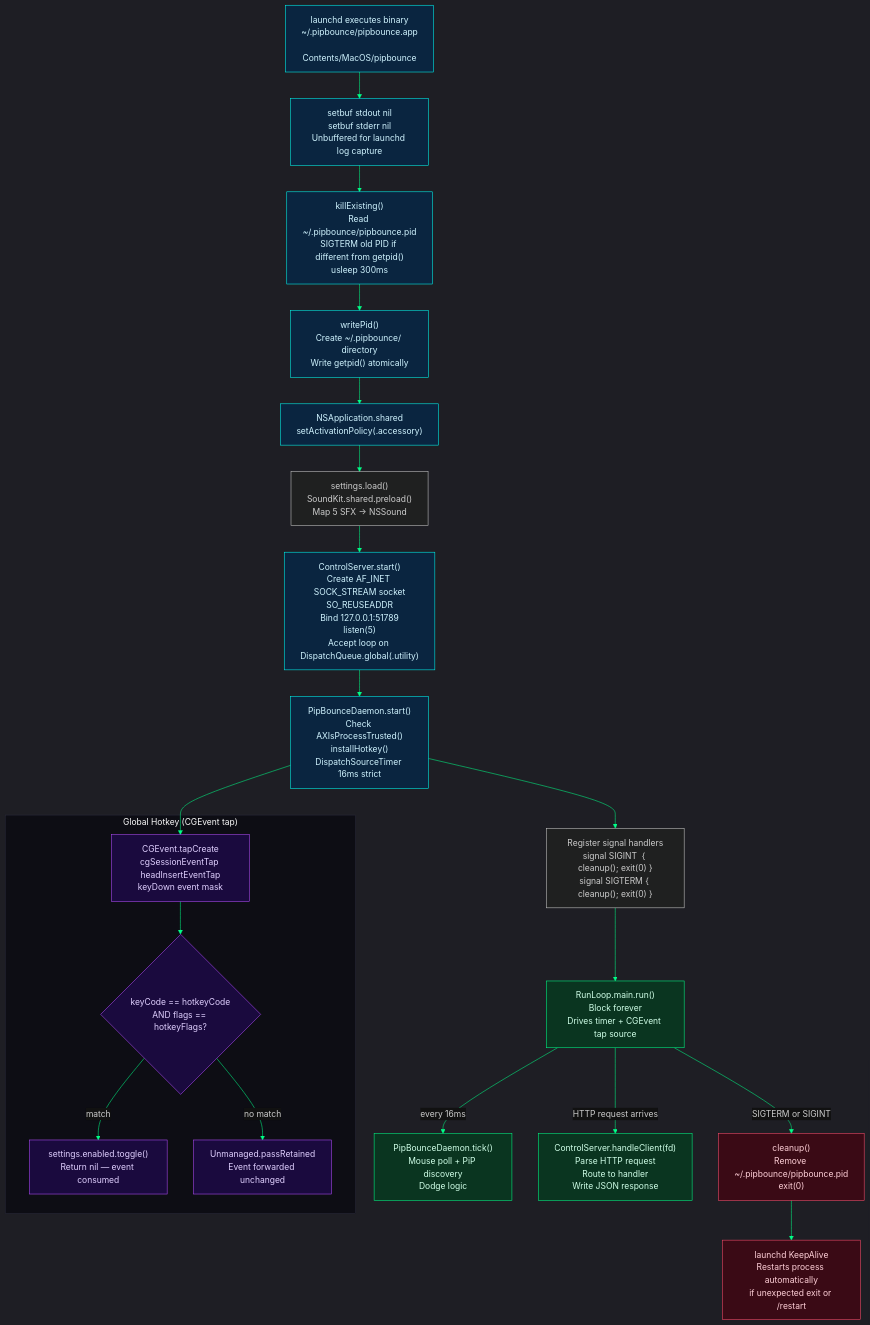
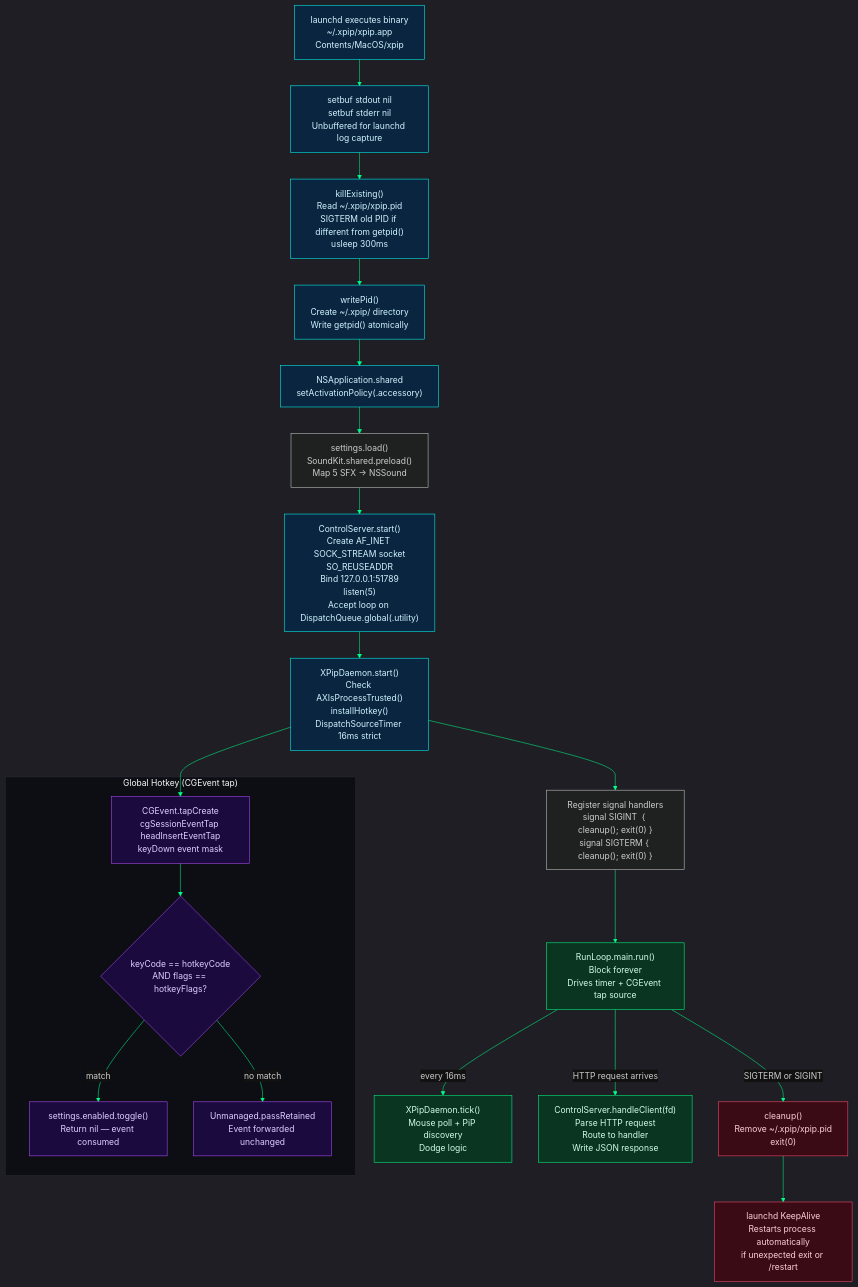
Before and after one commit to colours93/pipbounce: the fourth of 7 diagrams in docs/ARCHITECTURE.md, drawn with Mermaid. The commit also changed other lines of this file and 21 other files, not shown here.

Commit message:
Rebrand pipbounce to xpip across daemon, extension, docs, and tooling

````diff
--- a/docs/ARCHITECTURE.md
+++ b/docs/ARCHITECTURE.md
@@ -278,40 +278,40 @@
 ```mermaid
 %%{init: {'theme': 'dark', 'themeVariables': {'primaryColor': '#0a2540', 'primaryTextColor': '#00fff5', 'primaryBorderColor': '#00fff5', 'lineColor': '#00ff88', 'secondaryColor': '#1a0a3e', 'tertiaryColor': '#0a3520', 'edgeLabelBackground': '#111', 'clusterBkg': '#0d0d14', 'clusterBorder': '#2a2a3a', 'titleColor': '#fafafa', 'nodeTextColor': '#fafafa'}}}%%
 flowchart TD
     classDef boot fill:#0a2540,stroke:#00fff5,color:#d0f4ff
     classDef run fill:#0a3520,stroke:#00ff88,color:#d0ffe8
     classDef event fill:#3a0a15,stroke:#ff4d6d,color:#ffd0d8
     classDef hotkey fill:#1a0a3e,stroke:#b44dff,color:#e0d0ff
 
-    LCH["launchd executes binary\n~/.pipbounce/pipbounce.app\n  Contents/MacOS/pipbounce"] --> UB["setbuf stdout nil\nsetbuf stderr nil\nUnbuffered for launchd log capture"]
-    UB --> KE["killExisting()\nRead ~/.pipbounce/pipbounce.pid\nSIGTERM old PID if different from getpid()\nusleep 300ms"]
-    KE --> WP["writePid()\nCreate ~/.pipbounce/ directory\nWrite getpid() atomically"]
+    LCH["launchd executes binary\n~/.xpip/xpip.app\n  Contents/MacOS/xpip"] --> UB["setbuf stdout nil\nsetbuf stderr nil\nUnbuffered for launchd log capture"]
+    UB --> KE["killExisting()\nRead ~/.xpip/xpip.pid\nSIGTERM old PID if different from getpid()\nusleep 300ms"]
+    KE --> WP["writePid()\nCreate ~/.xpip/ directory\nWrite getpid() atomically"]
     WP --> NA["NSApplication.shared\nsetActivationPolicy(.accessory)"]
     NA --> PRE["settings.load()\nSoundKit.shared.preload()\nMap 5 SFX → NSSound"]
     PRE --> CS["ControlServer.start()\nCreate AF_INET SOCK_STREAM socket\nSO_REUSEADDR\nBind 127.0.0.1:51789\nlisten(5)\nAccept loop on DispatchQueue.global(.utility)"]
-    CS --> DS["PipBounceDaemon.start()\nCheck AXIsProcessTrusted()\ninstallHotkey()\nDispatchSourceTimer 16ms strict"]
+    CS --> DS["XPipDaemon.start()\nCheck AXIsProcessTrusted()\ninstallHotkey()\nDispatchSourceTimer 16ms strict"]
 
     subgraph HKS["Global Hotkey (CGEvent tap)"]
         HK1["CGEvent.tapCreate\ncgSessionEventTap headInsertEventTap\nkeyDown event mask"]
         HK2{"keyCode == hotkeyCode\nAND flags == hotkeyFlags?"}
         HK3["settings.enabled.toggle()\nReturn nil — event consumed"]
         HK4["Unmanaged.passRetained\nEvent forwarded unchanged"]
         HK1 --> HK2
         HK2 -->|"match"| HK3
         HK2 -->|"no match"| HK4
     end
 
     DS --> HK1
     DS --> SIG["Register signal handlers\nsignal SIGINT  { cleanup(); exit(0) }\nsignal SIGTERM { cleanup(); exit(0) }"]
     SIG --> RL["RunLoop.main.run()\nBlock forever\nDrives timer + CGEvent tap source"]
 
-    RL -->|"every 16ms"| TICK["PipBounceDaemon.tick()\nMouse poll + PiP discovery\nDodge logic"]
+    RL -->|"every 16ms"| TICK["XPipDaemon.tick()\nMouse poll + PiP discovery\nDodge logic"]
     RL -->|"HTTP request arrives"| REQ["ControlServer.handleClient(fd)\nParse HTTP request\nRoute to handler\nWrite JSON response"]
-    RL -->|"SIGTERM or SIGINT"| SHUT["cleanup()\nRemove ~/.pipbounce/pipbounce.pid\nexit(0)"]
+    RL -->|"SIGTERM or SIGINT"| SHUT["cleanup()\nRemove ~/.xpip/xpip.pid\nexit(0)"]
     SHUT --> LCD["launchd KeepAlive\nRestarts process automatically\nif unexpected exit or /restart"]
 
     class LCH,UB,KE,WP,NA,CS,DS boot
     class RL,TICK,REQ run
     class SHUT,LCD event
     class HK1,HK2,HK3,HK4 hotkey
 ```
````
